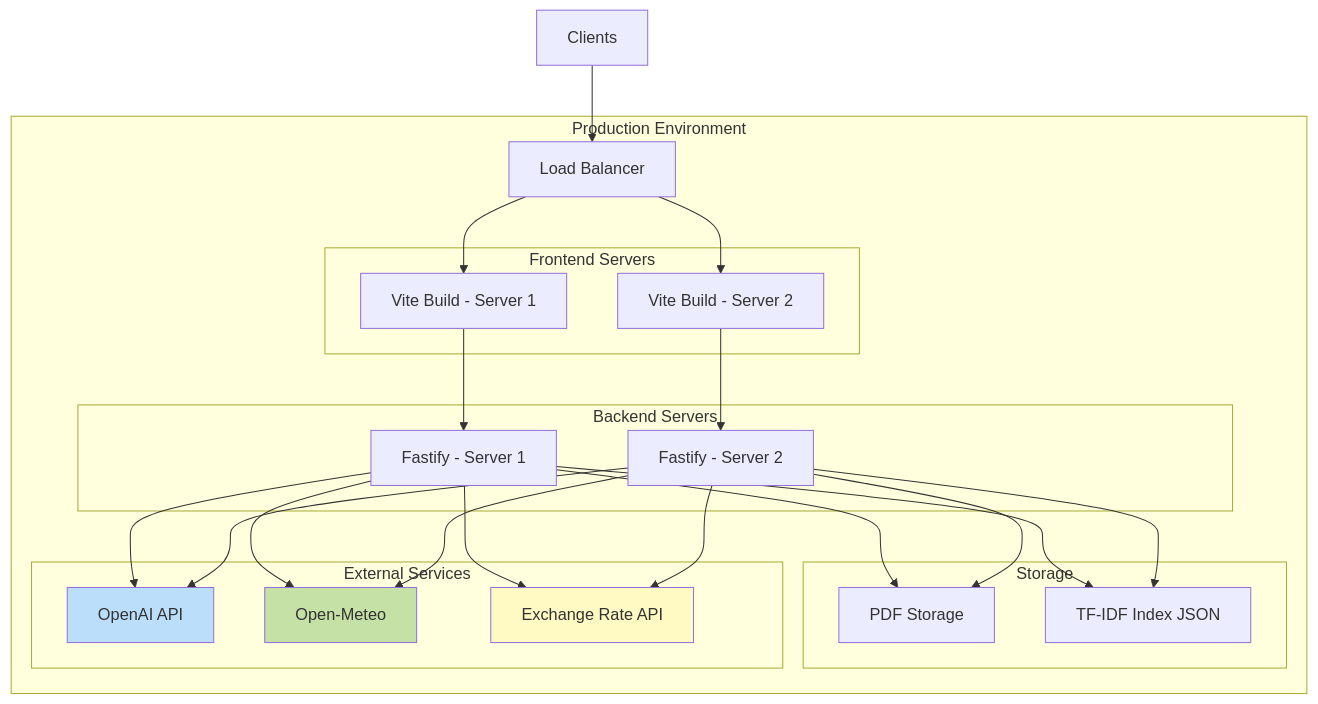
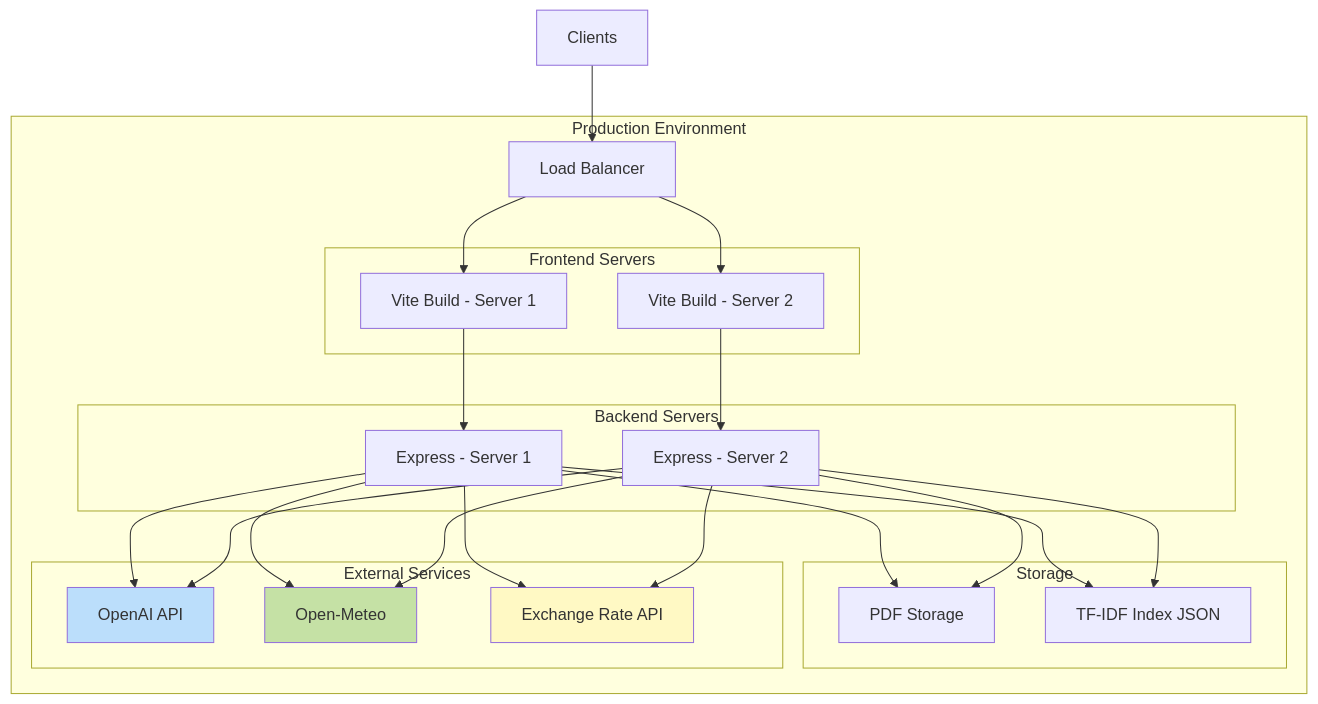
One commit to vitorhaoliveira/Agentic-AI-Chat changed the tenth of 10 diagrams in docs/architecture-diagram.md. Above: the diagram before and after it, drawn with Mermaid. The commit also changed other lines of this file and 6 other files, not shown here.

````diff
--- a/docs/architecture-diagram.md
+++ b/docs/architecture-diagram.md
@@ -409,51 +409,51 @@
 ```mermaid
 graph TB
     subgraph "Production Environment"
         LB[Load Balancer]
         
         subgraph "Frontend Servers"
             Web1[Vite Build - Server 1]
             Web2[Vite Build - Server 2]
         end
         
         subgraph "Backend Servers"
-            API1[Fastify - Server 1]
-            API2[Fastify - Server 2]
+            API1[Express - Server 1]
+            API2[Express - Server 2]
         end
         
         subgraph "Storage"
             PDFs[PDF Storage]
             Index[TF-IDF Index JSON]
         end
         
         subgraph "External Services"
             OpenAI[OpenAI API]
             Weather[Open-Meteo]
             Currency[Exchange Rate API]
         end
     end
     
     Client[Clients] --> LB
     LB --> Web1
     LB --> Web2
     
     Web1 --> API1
     Web2 --> API2
     
     API1 --> PDFs
     API2 --> PDFs
     API1 --> Index
     API2 --> Index
     
     API1 --> OpenAI
     API1 --> Weather
     API1 --> Currency
     
     API2 --> OpenAI
     API2 --> Weather
     API2 --> Currency
     
     style OpenAI fill:#bbdefb
     style Weather fill:#c5e1a5
     style Currency fill:#fff9c4
 ```
````
